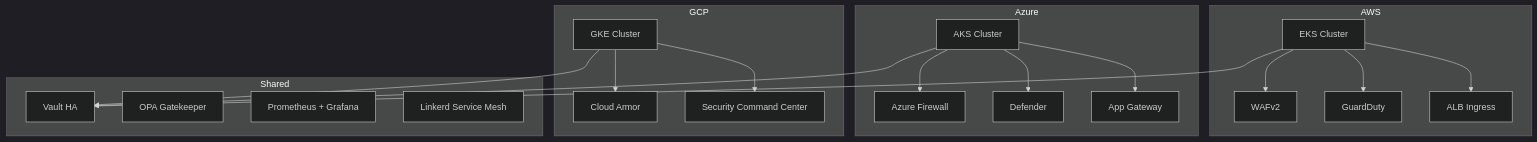
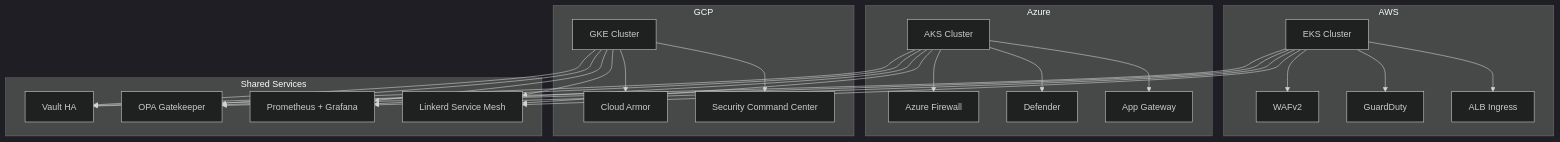
Before and after one commit to GiulioSavini/terraform-multi-cloud-devsecops: the first of 2 diagrams in README.md, drawn with Mermaid (dark theme). The commit also changed other lines of this file, not shown here.

````diff
--- a/README.md
+++ b/README.md
@@ -11,26 +15,35 @@
 ```mermaid
 graph TB
     subgraph AWS
         EKS[EKS Cluster] --> WAF[WAFv2]
         EKS --> GD[GuardDuty]
         EKS --> ALB[ALB Ingress]
     end
     subgraph Azure
         AKS[AKS Cluster] --> FW[Azure Firewall]
         AKS --> DEF[Defender]
         AKS --> AGIC[App Gateway]
     end
     subgraph GCP
         GKE[GKE Cluster] --> CA[Cloud Armor]
         GKE --> SCC[Security Command Center]
     end
-    subgraph Shared
+    subgraph Shared Services
         VAULT[Vault HA]
         OPA[OPA Gatekeeper]
         PROM[Prometheus + Grafana]
         MESH[Linkerd Service Mesh]
     end
     EKS --> VAULT
     AKS --> VAULT
     GKE --> VAULT
+    EKS --> OPA
+    AKS --> OPA
+    GKE --> OPA
+    EKS --> PROM
+    AKS --> PROM
+    GKE --> PROM
+    EKS --> MESH
+    AKS --> MESH
+    GKE --> MESH
 ```
````
